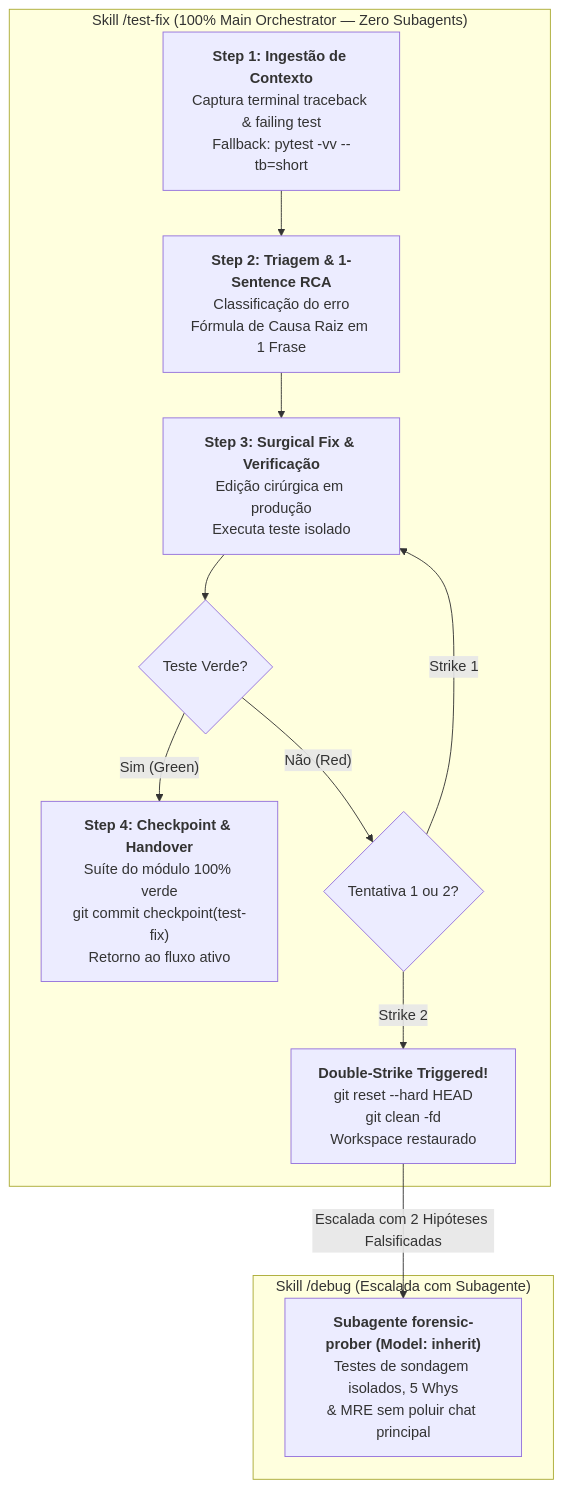
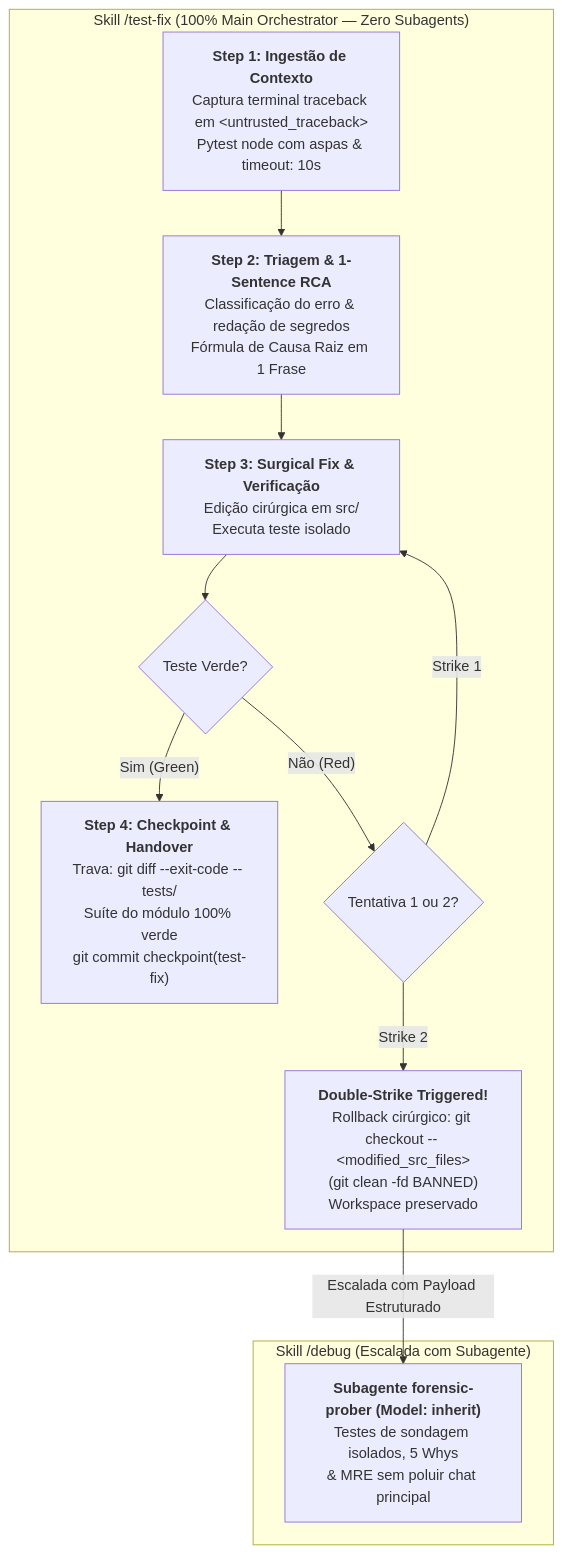
One commit to MarcosVeniciu/antigravity-agentic-skills changed the diagram in doc/skills/test-fix/README.md. Above: the diagram before and after it, drawn with Mermaid. The commit also changed other lines of this file and 71 other files, not shown here.

````diff
--- a/doc/skills/test-fix/README.md
+++ b/doc/skills/test-fix/README.md
@@ -31,25 +32,25 @@
 ```mermaid
 flowchart TD
     subgraph ReactiveFlow["Skill /test-fix (100% Main Orchestrator — Zero Subagents)"]
-        S1["<b>Step 1: Ingestão de Contexto</b><br/>Captura terminal traceback & failing test<br/>Fallback: pytest -vv --tb=short"]
-        S2["<b>Step 2: Triagem & 1-Sentence RCA</b><br/>Classificação do erro<br/>Fórmula de Causa Raiz em 1 Frase"]
-        S3["<b>Step 3: Surgical Fix & Verificação</b><br/>Edição cirúrgica em produção<br/>Executa teste isolado"]
+        S1["<b>Step 1: Ingestão de Contexto</b><br/>Captura terminal traceback em &lt;untrusted_traceback&gt;<br/>Pytest node com aspas & timeout: 10s"]
+        S2["<b>Step 2: Triagem & 1-Sentence RCA</b><br/>Classificação do erro & redação de segredos<br/>Fórmula de Causa Raiz em 1 Frase"]
+        S3["<b>Step 3: Surgical Fix & Verificação</b><br/>Edição cirúrgica em src/<br/>Executa teste isolado"]
         Gate{"Teste Verde?"}
         Strike1{"Tentativa 1 ou 2?"}
-        Rollback["<b>Double-Strike Triggered!</b><br/>git reset --hard HEAD<br/>git clean -fd<br/>Workspace restaurado"]
-        S4["<b>Step 4: Checkpoint & Handover</b><br/>Suíte do módulo 100% verde<br/>git commit checkpoint(test-fix)<br/>Retorno ao fluxo ativo"]
+        Rollback["<b>Double-Strike Triggered!</b><br/>Rollback cirúrgico: git checkout -- &lt;modified_src_files&gt;<br/>(git clean -fd BANNED)<br/>Workspace preservado"]
+        S4["<b>Step 4: Checkpoint & Handover</b><br/>Trava: git diff --exit-code -- tests/<br/>Suíte do módulo 100% verde<br/>git commit checkpoint(test-fix)"]
     end
 
     subgraph DeepForensics["Skill /debug (Escalada com Subagente)"]
         DebugSub["<b>Subagente forensic-prober (Model: inherit)</b><br/>Testes de sondagem isolados, 5 Whys<br/>& MRE sem poluir chat principal"]
     end
 
     S1 --> S2
     S2 --> S3
     S3 --> Gate
     Gate -->|"Sim (Green)"| S4
     Gate -->|"Não (Red)"| Strike1
     Strike1 -->|"Strike 1"| S3
     Strike1 -->|"Strike 2"| Rollback
-    Rollback -->|"Escalada com 2 Hipóteses Falsificadas"| DebugSub
+    Rollback -->|"Escalada com Payload Estruturado"| DebugSub
 ```
````
